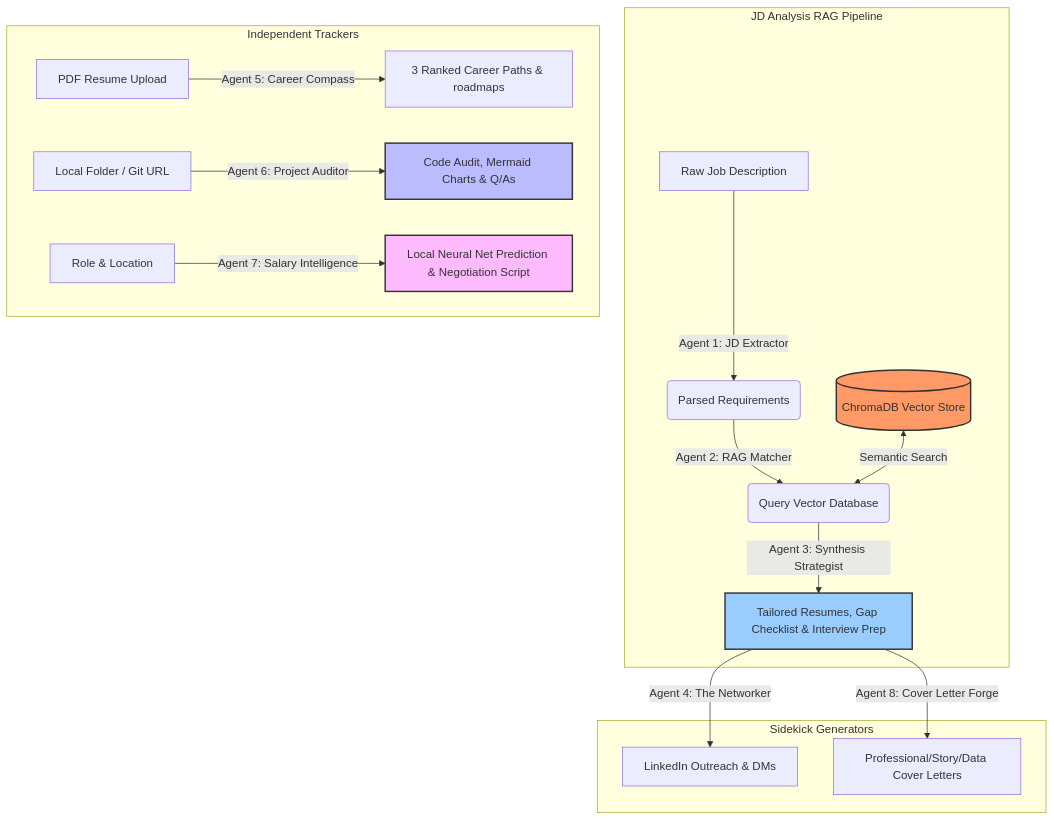
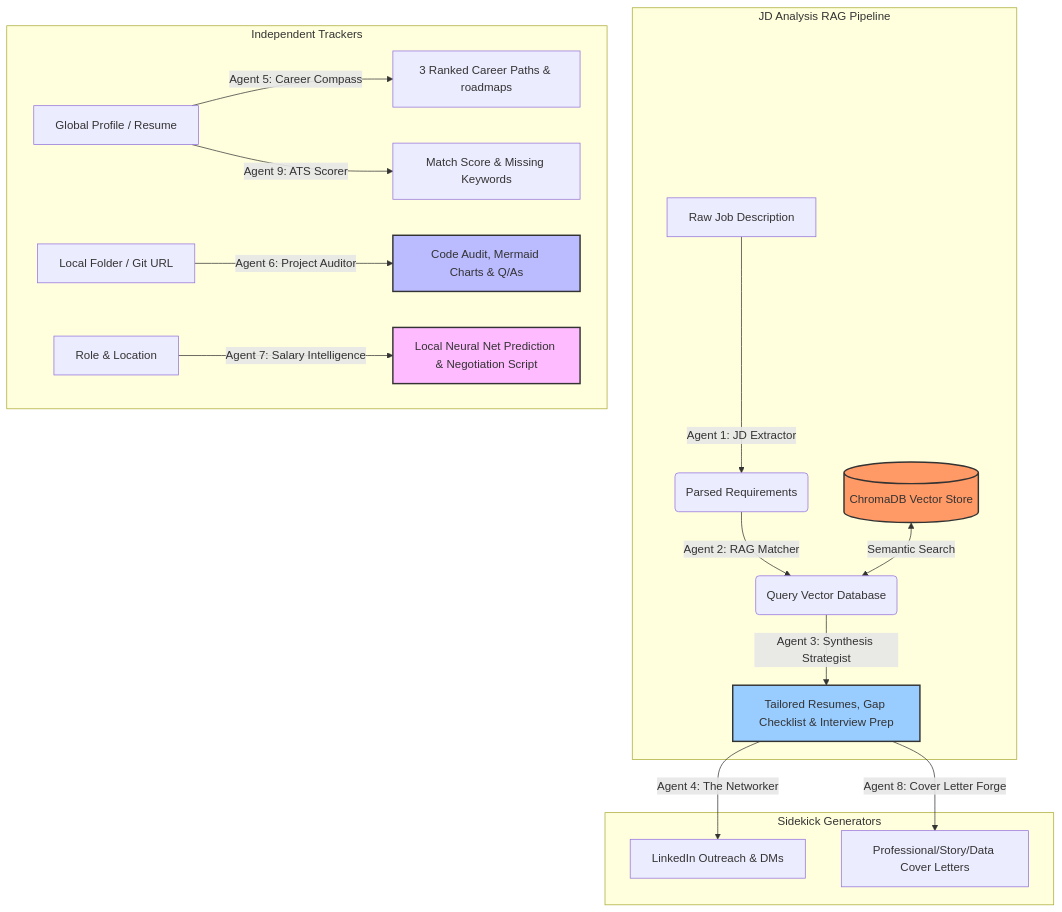
Before and after one commit to vansh070605/PlacementOS: the diagram in README.md, drawn with Mermaid. The commit also changed other lines of this file, not shown here.

````diff
--- a/README.md
+++ b/README.md
@@ -54,25 +63,26 @@
 ```mermaid
 graph TD
   subgraph JD Analysis RAG Pipeline [JD Analysis RAG Pipeline]
     A[Raw Job Description] -->|Agent 1: JD Extractor| B(Parsed Requirements)
     B -->|Agent 2: RAG Matcher| C(Query Vector Database)
     D[(ChromaDB Vector Store)] <-->|Semantic Search| C
     C -->|Agent 3: Synthesis Strategist| E[Tailored Resumes, Gap Checklist & Interview Prep]
   end
   
   subgraph Sidekick Generators [Sidekick Generators]
     E -->|Agent 4: The Networker| F[LinkedIn Outreach & DMs]
     E -->|Agent 8: Cover Letter Forge| G[Professional/Story/Data Cover Letters]
   end
 
   subgraph Independent Trackers [Independent Trackers]
-    H[PDF Resume Upload] -->|Agent 5: Career Compass| I[3 Ranked Career Paths & roadmaps]
+    H[Global Profile / Resume] -->|Agent 5: Career Compass| I[3 Ranked Career Paths & roadmaps]
+    H -->|Agent 9: ATS Scorer| ATS[Match Score & Missing Keywords]
     J[Local Folder / Git URL] -->|Agent 6: Project Auditor| K[Code Audit, Mermaid Charts & Q/As]
     L[Role & Location] -->|Agent 7: Salary Intelligence| M[Local Neural Net Prediction & Negotiation Script]
   end
   
   style D fill:#f96,stroke:#333,stroke-width:2px
   style E fill:#9cf,stroke:#333,stroke-width:2px
   style K fill:#bbf,stroke:#333,stroke-width:2px
   style M fill:#fbf,stroke:#333,stroke-width:2px
 ```
````
